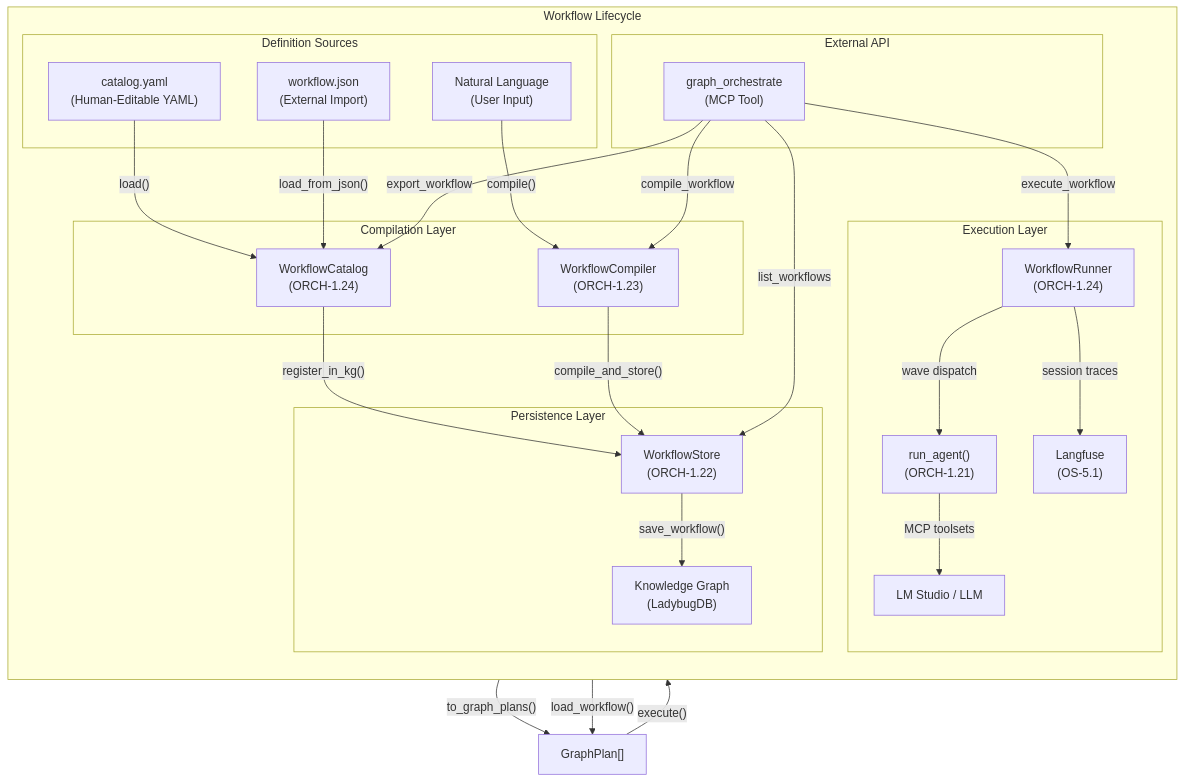
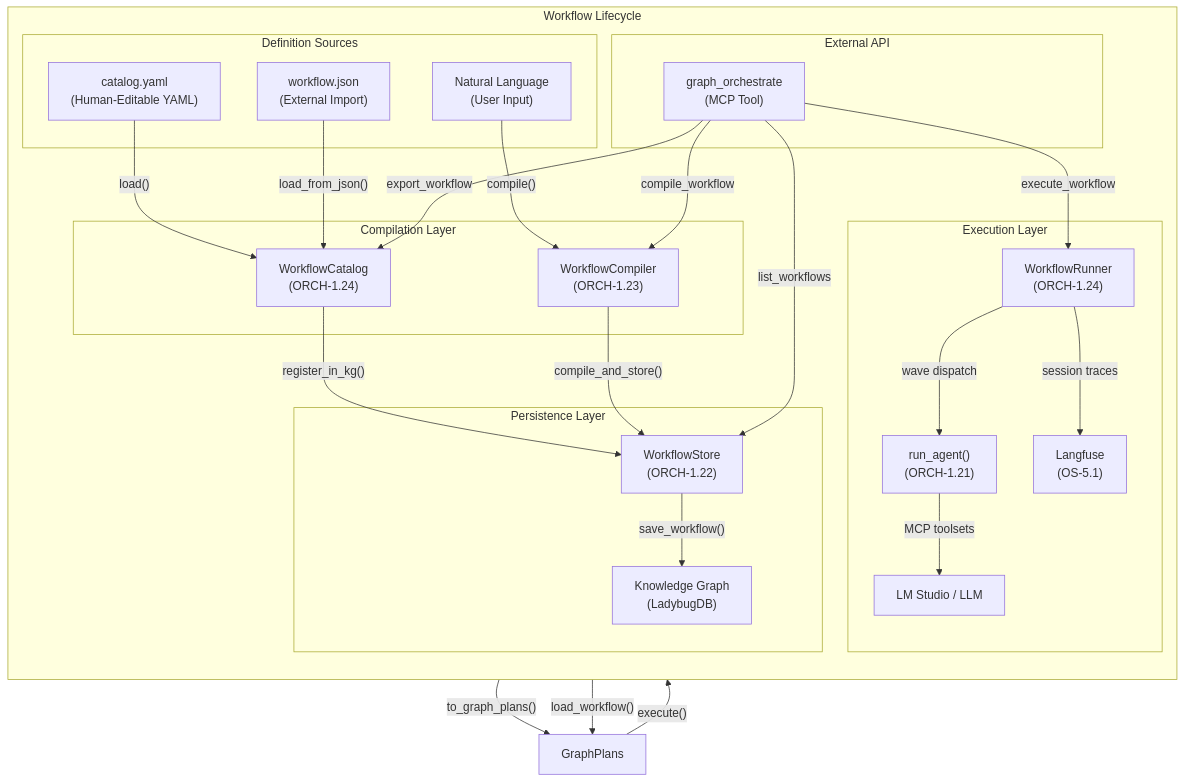
The diagram in docs/pillars/1_graph_orchestration/ORCH-1.24-Workflow_Lifecycle.md (Knuckles-Team/agent-utilities), drawn with Mermaid before and after one commit. The commit also changed 41 other files, not shown here.

````diff
--- a/docs/pillars/1_graph_orchestration/ORCH-1.24-Workflow_Lifecycle.md
+++ b/docs/pillars/1_graph_orchestration/ORCH-1.24-Workflow_Lifecycle.md
@@ -18,54 +18,54 @@
 ```mermaid
 graph TB
     subgraph "Workflow Lifecycle"
         direction TB
 
         subgraph "Definition Sources"
             YAML["catalog.yaml<br/>(Human-Editable YAML)"]
             NL["Natural Language<br/>(User Input)"]
             JSON["workflow.json<br/>(External Import)"]
         end
 
         subgraph "Compilation Layer"
             CATALOG["WorkflowCatalog<br/>(ORCH-1.24)"]
             COMPILER["WorkflowCompiler<br/>(ORCH-1.23)"]
         end
 
         subgraph "Persistence Layer"
             STORE["WorkflowStore<br/>(ORCH-1.22)"]
             KG["Knowledge Graph<br/>(LadybugDB)"]
         end
 
         subgraph "Execution Layer"
             RUNNER["WorkflowRunner<br/>(ORCH-1.24)"]
             AGENT["run_agent()<br/>(ORCH-1.21)"]
             LLM["LM Studio / LLM"]
             LANGFUSE["Langfuse<br/>(OS-5.1)"]
         end
 
         subgraph "External API"
             MCP["graph_orchestrate<br/>(MCP Tool)"]
         end
     end
 
     YAML -->|"load()"| CATALOG
     JSON -->|"load_from_json()"| CATALOG
     NL -->|"compile()"| COMPILER
 
-    CATALOG -->|"to_graph_plans()"| PLANS["GraphPlan[]"]
+    CATALOG -->|"to_graph_plans()"| PLANS["GraphPlans"]
     CATALOG -->|"register_in_kg()"| STORE
     COMPILER -->|"compile_and_store()"| STORE
 
     STORE -->|"save_workflow()"| KG
     KG -->|"load_workflow()"| PLANS
 
     PLANS -->|"execute()"| RUNNER
     RUNNER -->|"wave dispatch"| AGENT
     AGENT -->|"MCP toolsets"| LLM
     RUNNER -->|"session traces"| LANGFUSE
 
     MCP -->|"list_workflows"| STORE
     MCP -->|"execute_workflow"| RUNNER
     MCP -->|"compile_workflow"| COMPILER
     MCP -->|"export_workflow"| CATALOG
 ```
````
